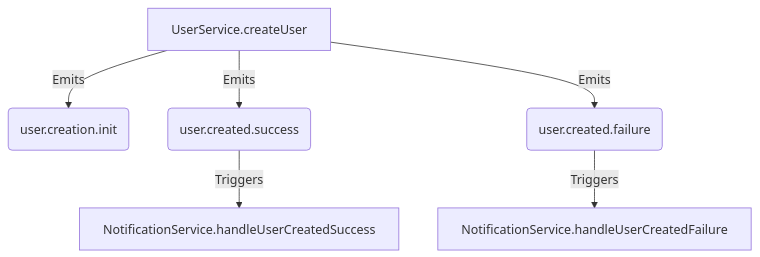
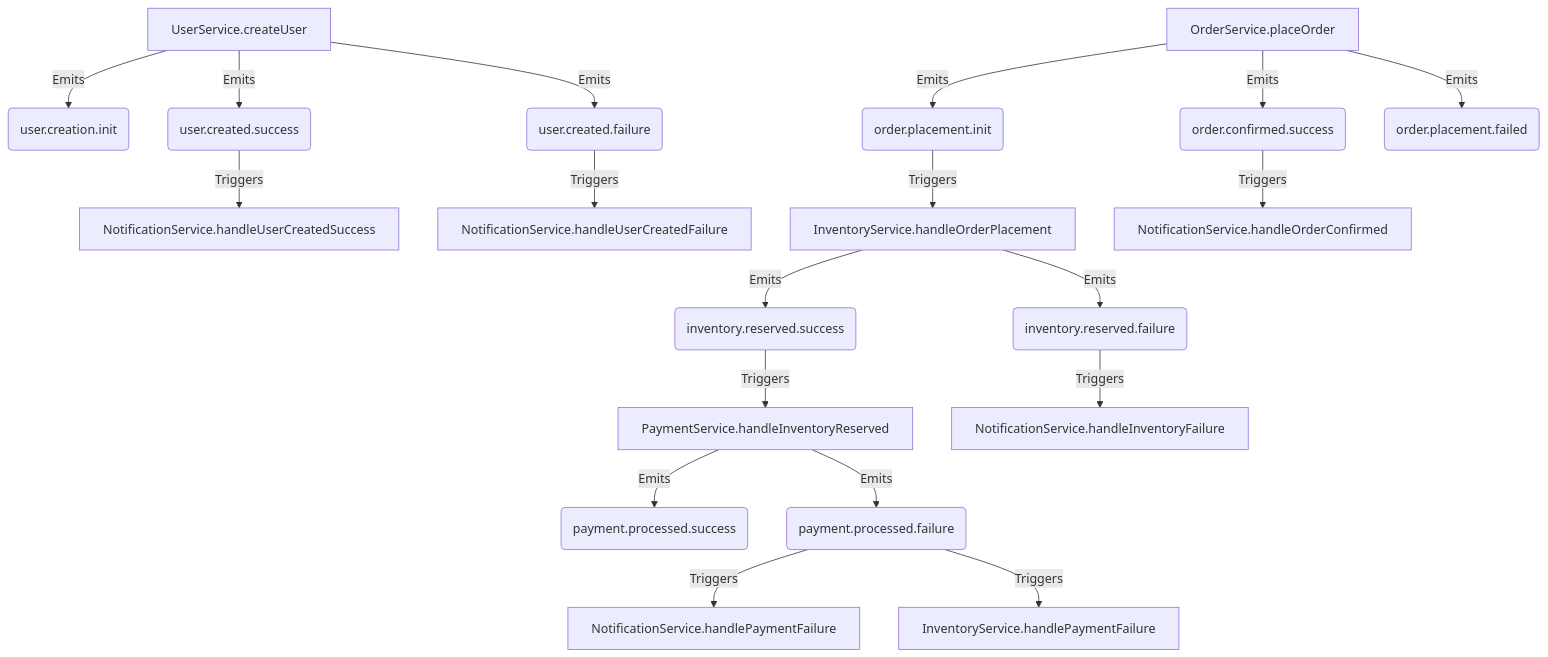
One commit to skapxd/nest-saga-events changed the diagram in README.md. Above: the diagram before and after it, drawn with Mermaid. The commit also changed other lines of this file and 15 other files, not shown here.

````diff
--- a/README.md
+++ b/README.md
@@ -106,18 +108,51 @@
 ```mermaid
 graph TD;
 
     N0_UserService_createUser["UserService.createUser"]
     N0_UserService_createUser["UserService.createUser"]
     N0_UserService_createUser["UserService.createUser"]
-    N1_NotificationService_handleUserCreatedSuccess["NotificationService.handleUserCreatedSuccess"]
-    N2_NotificationService_handleUserCreatedFailure["NotificationService.handleUserCreatedFailure"]
-    N3_user_creation_init("user.creation.init")
-    N4_user_created_success("user.created.success")
-    N5_user_created_failure("user.created.failure")
+    N1_OrderService_placeOrder["OrderService.placeOrder"]
+    N1_OrderService_placeOrder["OrderService.placeOrder"]
+    N1_OrderService_placeOrder["OrderService.placeOrder"]
+    N2_InventoryService_handleOrderPlacement["InventoryService.handleOrderPlacement"]
+    N2_InventoryService_handleOrderPlacement["InventoryService.handleOrderPlacement"]
+    N3_PaymentService_handleInventoryReserved["PaymentService.handleInventoryReserved"]
+    N3_PaymentService_handleInventoryReserved["PaymentService.handleInventoryReserved"]
+    N4_NotificationService_handleUserCreatedSuccess["NotificationService.handleUserCreatedSuccess"]
+    N5_NotificationService_handleUserCreatedFailure["NotificationService.handleUserCreatedFailure"]
+    N6_NotificationService_handleOrderConfirmed["NotificationService.handleOrderConfirmed"]
+    N7_NotificationService_handleInventoryFailure["NotificationService.handleInventoryFailure"]
+    N8_NotificationService_handlePaymentFailure["NotificationService.handlePaymentFailure"]
+    N2_InventoryService_handleOrderPlacement["InventoryService.handleOrderPlacement"]
+    N9_InventoryService_handlePaymentFailure["InventoryService.handlePaymentFailure"]
+    N3_PaymentService_handleInventoryReserved["PaymentService.handleInventoryReserved"]
+    N10_user_creation_init("user.creation.init")
+    N11_user_created_success("user.created.success")
+    N12_user_created_failure("user.created.failure")
+    N13_order_placement_init("order.placement.init")
+    N14_order_confirmed_success("order.confirmed.success")
+    N15_order_placement_failed("order.placement.failed")
+    N16_inventory_reserved_success("inventory.reserved.success")
+    N17_inventory_reserved_failure("inventory.reserved.failure")
+    N18_payment_processed_success("payment.processed.success")
+    N19_payment_processed_failure("payment.processed.failure")
 
-    N0_UserService_createUser -- Emits --> N3_user_creation_init
-    N0_UserService_createUser -- Emits --> N4_user_created_success
-    N0_UserService_createUser -- Emits --> N5_user_created_failure
-    N4_user_created_success -- Triggers --> N1_NotificationService_handleUserCreatedSuccess
-    N5_user_created_failure -- Triggers --> N2_NotificationService_handleUserCreatedFailure
+    N0_UserService_createUser -- Emits --> N10_user_creation_init
+    N0_UserService_createUser -- Emits --> N11_user_created_success
+    N0_UserService_createUser -- Emits --> N12_user_created_failure
+    N1_OrderService_placeOrder -- Emits --> N13_order_placement_init
+    N1_OrderService_placeOrder -- Emits --> N14_order_confirmed_success
+    N1_OrderService_placeOrder -- Emits --> N15_order_placement_failed
+    N2_InventoryService_handleOrderPlacement -- Emits --> N16_inventory_reserved_success
+    N2_InventoryService_handleOrderPlacement -- Emits --> N17_inventory_reserved_failure
+    N3_PaymentService_handleInventoryReserved -- Emits --> N18_payment_processed_success
+    N3_PaymentService_handleInventoryReserved -- Emits --> N19_payment_processed_failure
+    N11_user_created_success -- Triggers --> N4_NotificationService_handleUserCreatedSuccess
+    N12_user_created_failure -- Triggers --> N5_NotificationService_handleUserCreatedFailure
+    N14_order_confirmed_success -- Triggers --> N6_NotificationService_handleOrderConfirmed
+    N17_inventory_reserved_failure -- Triggers --> N7_NotificationService_handleInventoryFailure
+    N19_payment_processed_failure -- Triggers --> N8_NotificationService_handlePaymentFailure
+    N13_order_placement_init -- Triggers --> N2_InventoryService_handleOrderPlacement
+    N19_payment_processed_failure -- Triggers --> N9_InventoryService_handlePaymentFailure
+    N16_inventory_reserved_success -- Triggers --> N3_PaymentService_handleInventoryReserved
 ```
````
